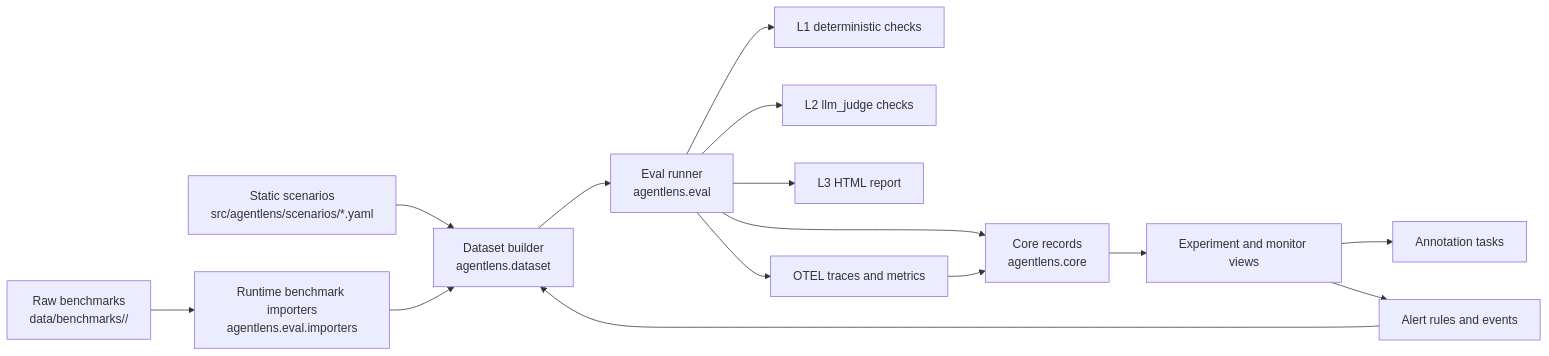
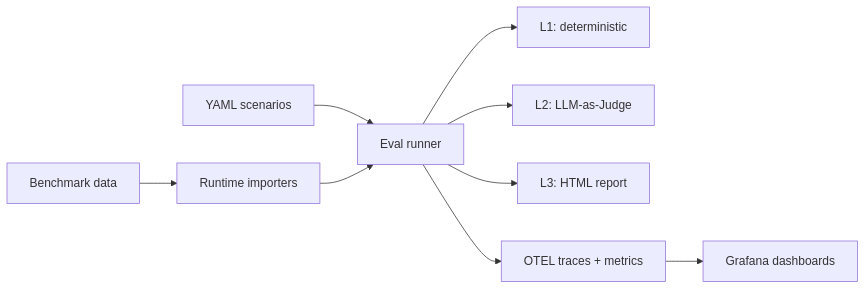
One commit to noCharger/agentlens changed the diagram in README.md. Above: the diagram before and after it, drawn with Mermaid. The commit also changed other lines of this file and 32 other files, not shown here.

Commit message:
feat(eval): add optional judge metrics and document current status

````diff
--- a/README.md
+++ b/README.md
@@ -32,17 +306,10 @@
 ```mermaid
 flowchart LR
-    A["Static scenarios<br/>src/agentlens/scenarios/*.yaml"] --> C["Dataset builder<br/>agentlens.dataset"]
-    B["Raw benchmarks<br/>data/benchmarks/<slug>/"] --> D["Runtime benchmark importers<br/>agentlens.eval.importers"]
-    D --> C
-    C --> E["Eval runner<br/>agentlens.eval"]
-    E --> F["L1 deterministic checks"]
-    E --> G["L2 llm_judge checks"]
-    E --> H["L3 HTML report"]
-    E --> I["OTEL traces and metrics"]
-    E --> J["Core records<br/>agentlens.core"]
-    I --> J
-    J --> K["Experiment and monitor views"]
-    K --> L["Annotation tasks"]
-    K --> M["Alert rules and events"]
-    M --> C
+    A[YAML scenarios] --> E[Eval runner]
+    B[Benchmark data] --> D[Runtime importers] --> E
+    E --> F[L1: deterministic]
+    E --> G[L2: LLM-as-Judge]
+    E --> H[L3: HTML report]
+    E --> I[OTEL traces + metrics]
+    I --> J[Grafana dashboards]
 ```
````
